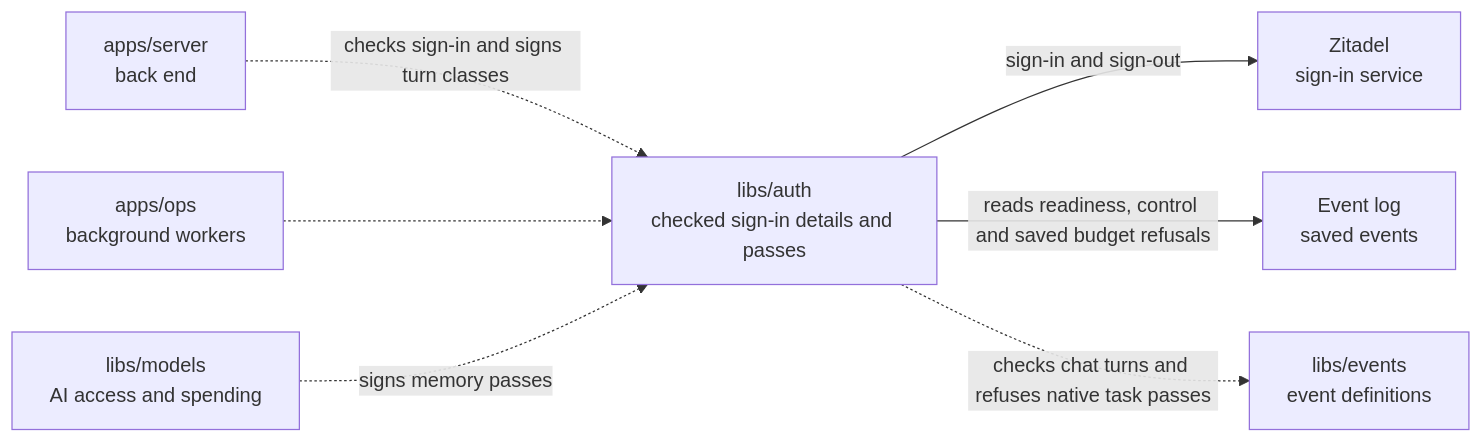
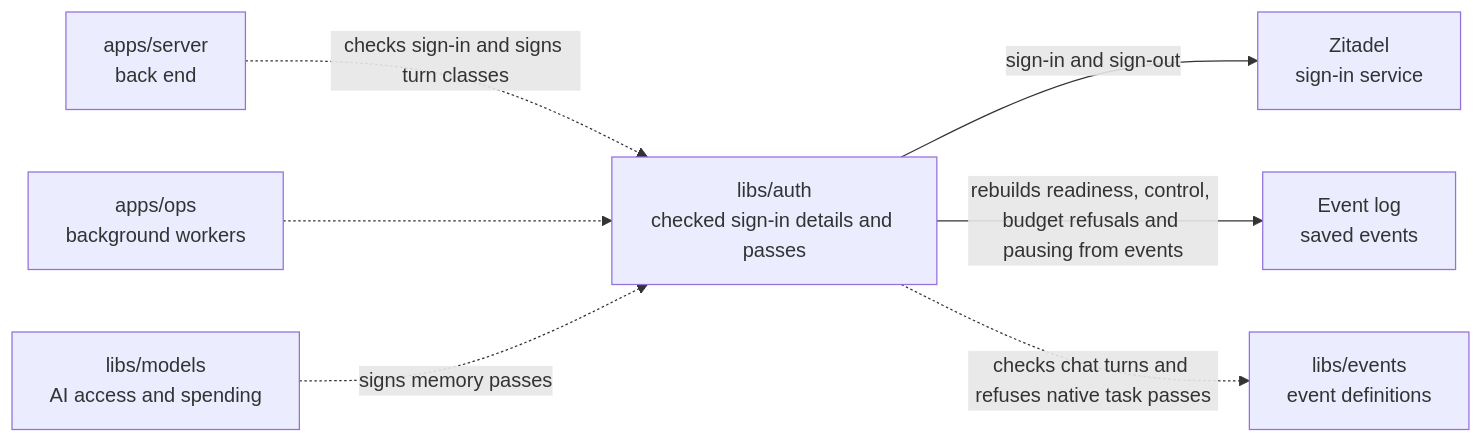
The diagram in libs/auth/README.md (elewa-git/opencrane-new), drawn with Mermaid before and after one commit. The commit also changed other lines of this file and 27 other files, not shown here.

````diff
--- a/libs/auth/README.md
+++ b/libs/auth/README.md
@@ -11,9 +11,9 @@
 ```mermaid
 flowchart LR
   server["apps/server<br/>back end"] -.->|checks sign-in and signs turn classes| auth["libs/auth<br/>checked sign-in details and passes"]
   ops["apps/ops<br/>background workers"] -.-> auth
   models["libs/models<br/>AI access and spending"] -.->|signs memory passes| auth
   auth -->|sign-in and sign-out| zitadel["Zitadel<br/>sign-in service"]
-  auth -->|reads readiness, control and saved budget refusals| events["Event log<br/>saved events"]
+  auth -->|rebuilds readiness, control, budget refusals and pausing from events| events["Event log<br/>saved events"]
   auth -.->|checks chat turns and refuses native task passes| catalogue["libs/events<br/>event definitions"]
 ```
````
